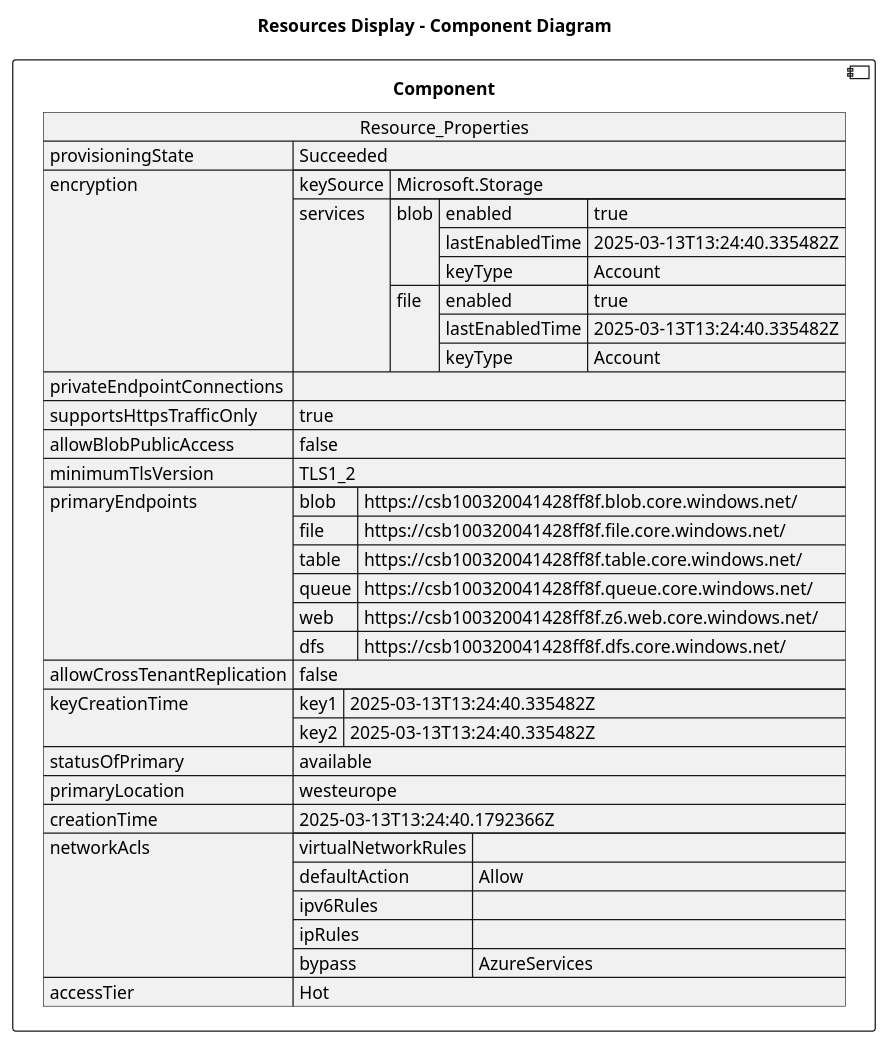
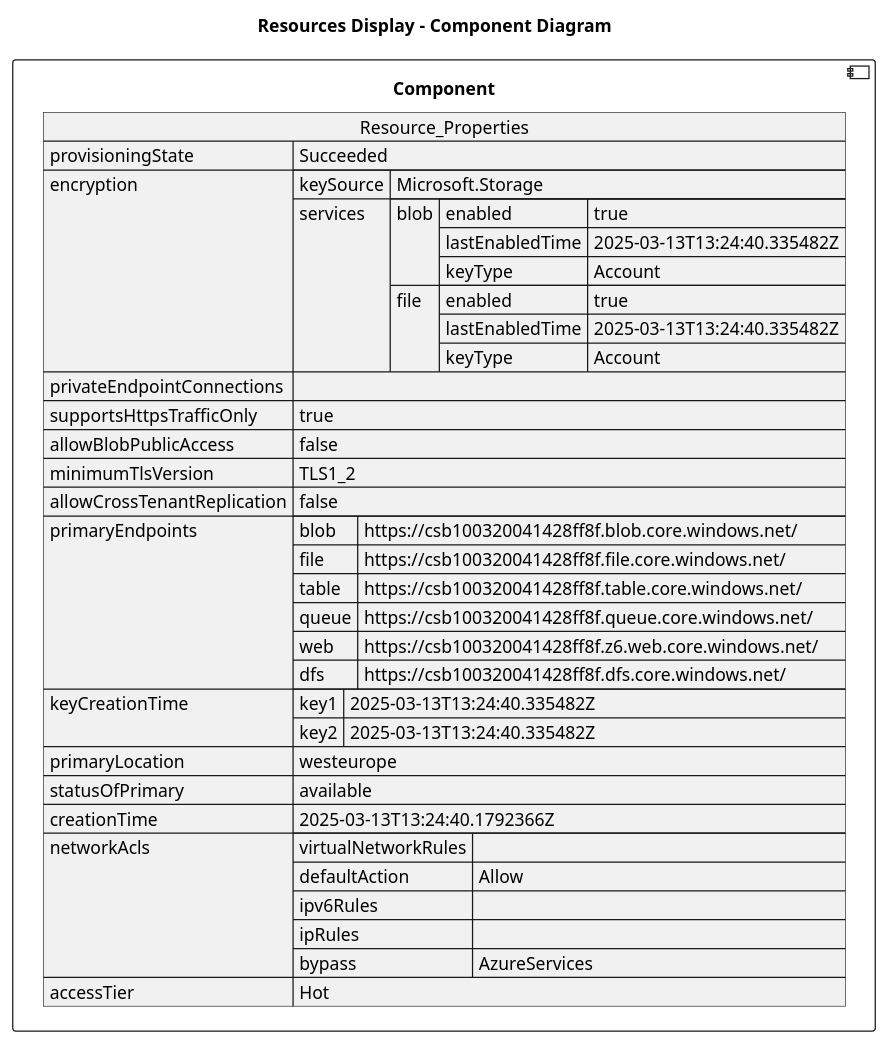
The diagram in architectureDesign/PUML/cloud-shell-storage-westeurope_Resources/csb100320041428ff8f.puml (DanielAmpong/Test-Azure-architecture-diagram), drawn with PlantUML before and after one commit. The commit also changed other lines of this file and 338 other files, not shown here.

```diff
--- a/architectureDesign/PUML/cloud-shell-storage-westeurope_Resources/csb100320041428ff8f.puml
+++ b/architectureDesign/PUML/cloud-shell-storage-westeurope_Resources/csb100320041428ff8f.puml
@@ -1,54 +1,54 @@
 @startuml
 
 title Resources Display - Component Diagram
 
 component Component {
 
 json  Resource_Properties {
   "provisioningState": "Succeeded",
   "encryption": {
     "keySource": "Microsoft.Storage",
     "services": {
       "blob": {
         "enabled": true,
         "lastEnabledTime": "2025-03-13T13:24:40.335482Z",
         "keyType": "Account"
       },
       "file": {
         "enabled": true,
         "lastEnabledTime": "2025-03-13T13:24:40.335482Z",
         "keyType": "Account"
       }
     }
   },
   "privateEndpointConnections": [],
   "supportsHttpsTrafficOnly": true,
   "allowBlobPublicAccess": false,
   "minimumTlsVersion": "TLS1_2",
+  "allowCrossTenantReplication": false,
   "primaryEndpoints": {
     "blob": "https://csb100320041428ff8f.blob.core.windows.net/",
     "file": "https://csb100320041428ff8f.file.core.windows.net/",
     "table": "https://csb100320041428ff8f.table.core.windows.net/",
     "queue": "https://csb100320041428ff8f.queue.core.windows.net/",
     "web": "https://csb100320041428ff8f.z6.web.core.windows.net/",
     "dfs": "https://csb100320041428ff8f.dfs.core.windows.net/"
   },
-  "allowCrossTenantReplication": false,
   "keyCreationTime": {
     "key1": "2025-03-13T13:24:40.335482Z",
     "key2": "2025-03-13T13:24:40.335482Z"
   },
+  "primaryLocation": "westeurope",
   "statusOfPrimary": "available",
-  "primaryLocation": "westeurope",
   "creationTime": "2025-03-13T13:24:40.1792366Z",
   "networkAcls": {
     "virtualNetworkRules": [],
     "defaultAction": "Allow",
     "ipv6Rules": [],
     "ipRules": [],
     "bypass": "AzureServices"
   },
   "accessTier": "Hot"
 }
 }
 @enduml
```
